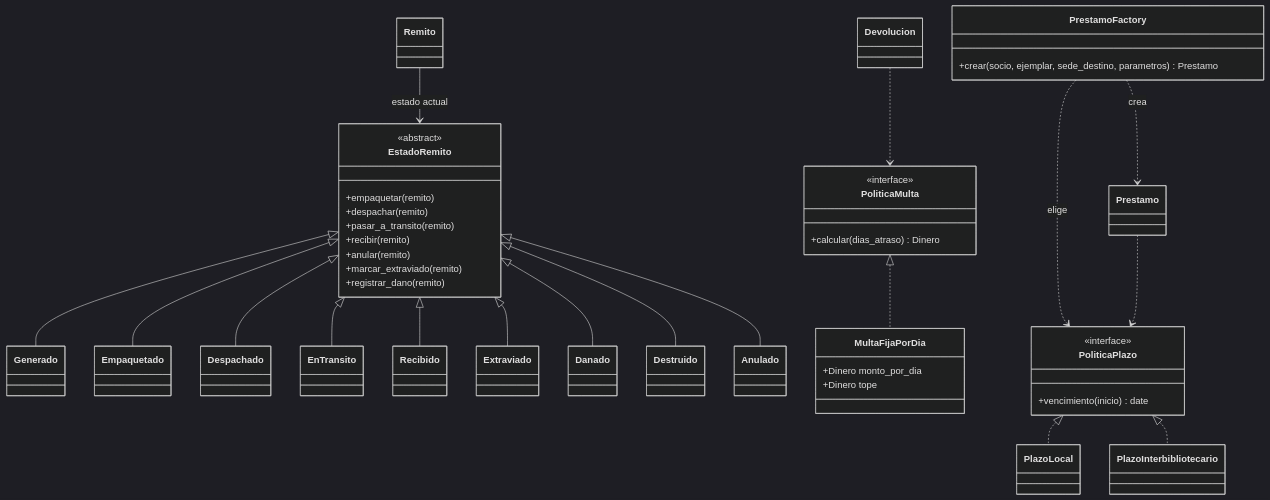
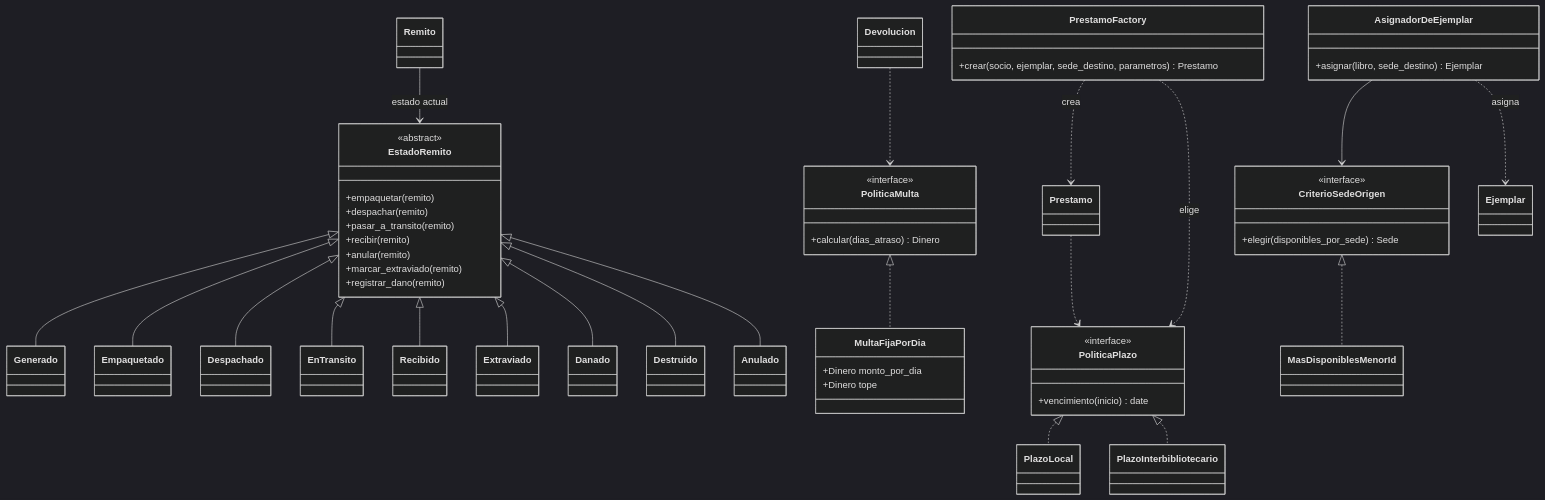
Before and after one commit to Maximiliano018/TPI-DAO: the second of 3 diagrams in docs/tecnica/02-modelo-de-clases.md, drawn with Mermaid (dark theme). The commit also changed other lines of this file and 15 other files, not shown here.

````diff
--- a/docs/tecnica/02-modelo-de-clases.md
+++ b/docs/tecnica/02-modelo-de-clases.md
@@ -186,59 +188,70 @@
 ```mermaid
 classDiagram
     class EstadoRemito {
         <<abstract>>
         +empaquetar(remito)
         +despachar(remito)
         +pasar_a_transito(remito)
         +recibir(remito)
         +anular(remito)
         +marcar_extraviado(remito)
         +registrar_dano(remito)
     }
     class Generado
     class Empaquetado
     class Despachado
     class EnTransito
     class Recibido
     class Extraviado
     class Danado
     class Destruido
     class Anulado
     EstadoRemito <|-- Generado
     EstadoRemito <|-- Empaquetado
     EstadoRemito <|-- Despachado
     EstadoRemito <|-- EnTransito
     EstadoRemito <|-- Recibido
     EstadoRemito <|-- Extraviado
     EstadoRemito <|-- Danado
     EstadoRemito <|-- Destruido
     EstadoRemito <|-- Anulado
     Remito --> EstadoRemito : estado actual
 
     class PoliticaMulta {
         <<interface>>
         +calcular(dias_atraso) Dinero
     }
     class MultaFijaPorDia {
         +Dinero monto_por_dia
         +Dinero tope
     }
     PoliticaMulta <|.. MultaFijaPorDia
 
     class PoliticaPlazo {
         <<interface>>
         +vencimiento(inicio) date
     }
     class PlazoLocal
     class PlazoInterbibliotecario
     PoliticaPlazo <|.. PlazoLocal
     PoliticaPlazo <|.. PlazoInterbibliotecario
 
     class PrestamoFactory {
         +crear(socio, ejemplar, sede_destino, parametros) Prestamo
     }
+    class AsignadorDeEjemplar {
+        +asignar(libro, sede_destino) Ejemplar
+    }
+    class CriterioSedeOrigen {
+        <<interface>>
+        +elegir(disponibles_por_sede) Sede
+    }
+    class MasDisponiblesMenorId
+    CriterioSedeOrigen <|.. MasDisponiblesMenorId
+    AsignadorDeEjemplar --> CriterioSedeOrigen
+    AsignadorDeEjemplar ..> Ejemplar : asigna
     PrestamoFactory ..> Prestamo : crea
     PrestamoFactory ..> PoliticaPlazo : elige
     Prestamo ..> PoliticaPlazo
     Devolucion ..> PoliticaMulta
 ```
````
